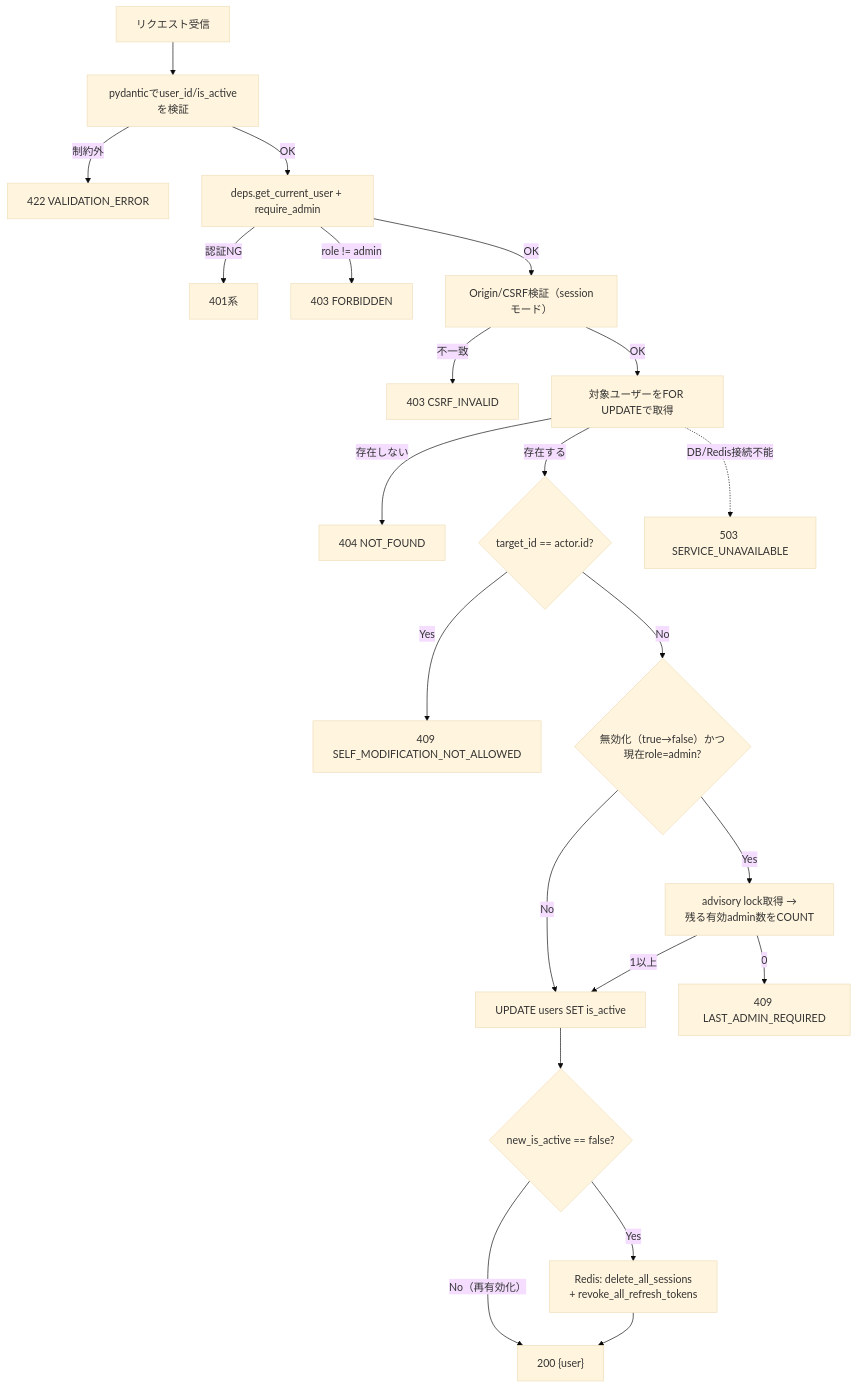
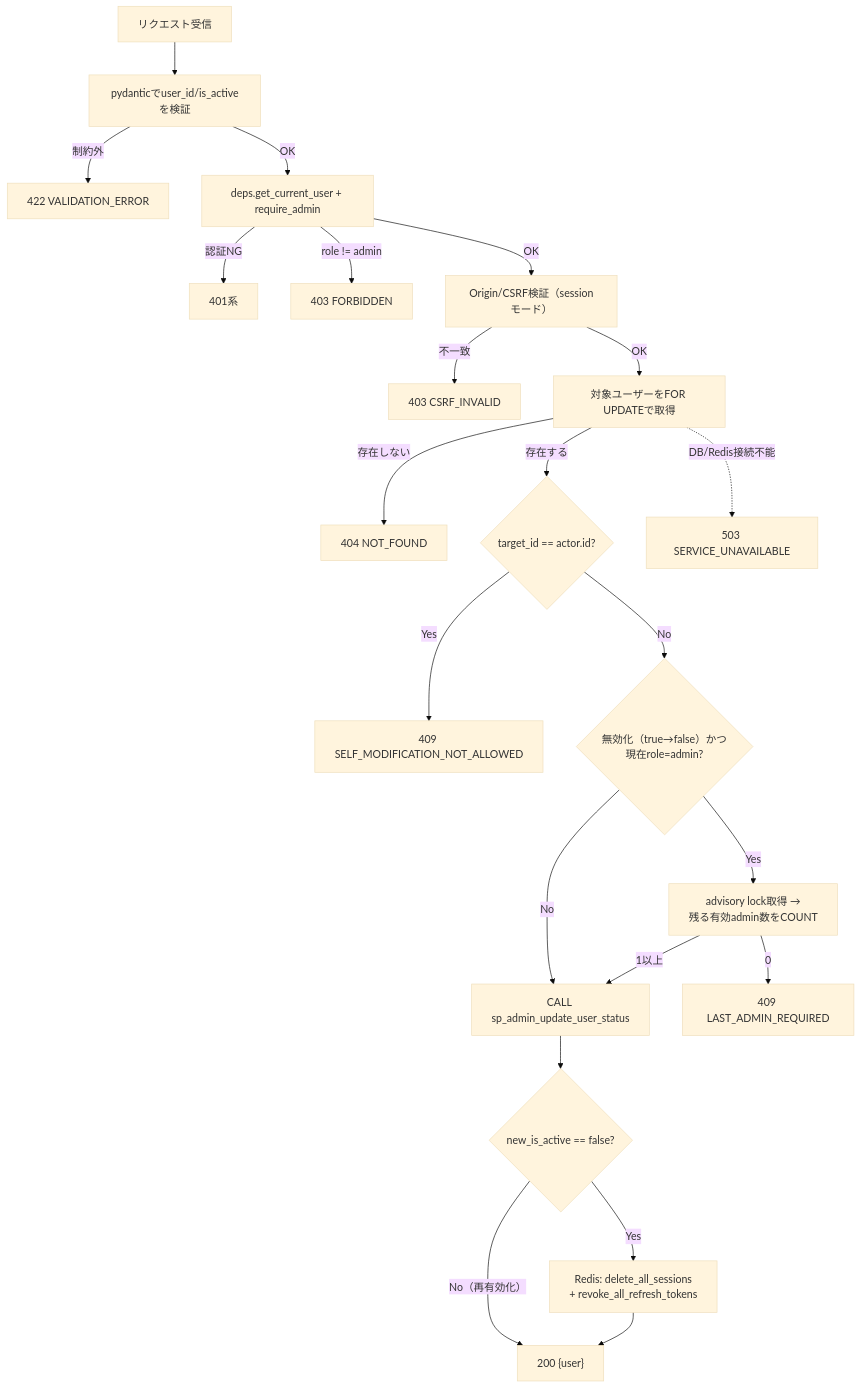
Before and after one commit to oikawa-d/task_management: the second of 4 diagrams in detailed_design/api/admin/03_patch_admin_user_status.md, drawn with Mermaid (base theme). The commit also changed other lines of this file and 58 other files, not shown here.

````diff
--- a/detailed_design/api/admin/03_patch_admin_user_status.md
+++ b/detailed_design/api/admin/03_patch_admin_user_status.md
@@ -148,24 +148,24 @@
 ```mermaid
 flowchart TB
     A["リクエスト受信"] --> B["pydanticでuser_id/is_activeを検証"]
     B -->|"制約外"| B1["422 VALIDATION_ERROR"]
     B -->|"OK"| C["deps.get_current_user + require_admin"]
     C -->|"認証NG"| C1["401系"]
     C -->|"role != admin"| C2["403 FORBIDDEN"]
     C -->|"OK"| D["Origin/CSRF検証（sessionモード）"]
     D -->|"不一致"| D1["403 CSRF_INVALID"]
     D -->|"OK"| E["対象ユーザーをFOR UPDATEで取得"]
     E -->|"存在しない"| E1["404 NOT_FOUND"]
     E -->|"存在する"| F{"target_id == actor.id?"}
     F -->|"Yes"| F1["409 SELF_MODIFICATION_NOT_ALLOWED"]
     F -->|"No"| G{"無効化（true→false）かつ<br/>現在role=admin?"}
-    G -->|"No"| I["UPDATE users SET is_active"]
+    G -->|"No"| I["CALL sp_admin_update_user_status"]
     G -->|"Yes"| H["advisory lock取得 →<br/>残る有効admin数をCOUNT"]
     H -->|"0"| H1["409 LAST_ADMIN_REQUIRED"]
     H -->|"1以上"| I
     I --> J{"new_is_active == false?"}
     J -->|"Yes"| K["Redis: delete_all_sessions<br/>+ revoke_all_refresh_tokens"]
     J -->|"No（再有効化）"| L["200 {user}"]
     K --> L
     E -.->|"DB/Redis接続不能"| M["503 SERVICE_UNAVAILABLE"]
 ```
````
